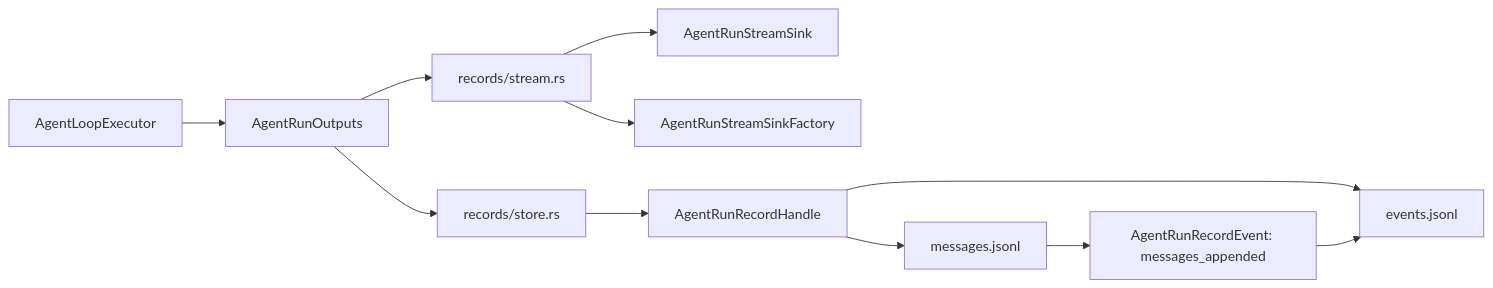
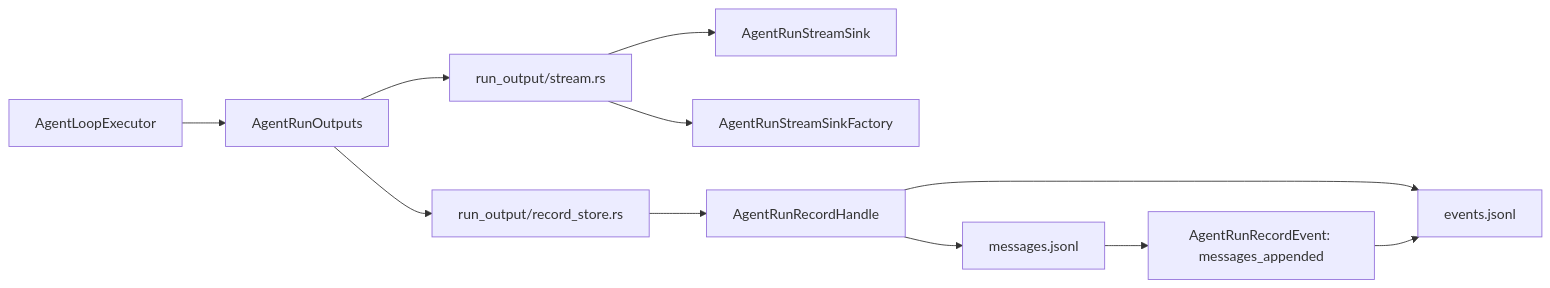
The diagram in docs/plans/eos_engine_agent_run_records_event_merge_SPEC.md (Ephemeral-AI-Lab/ephemeral-os), drawn with Mermaid before and after one commit. The commit also changed other lines of this file and 57 other files, not shown here.

Commit message:
Split eos-engine stream output modules

````diff
--- a/docs/plans/eos_engine_agent_run_records_event_merge_SPEC.md
+++ b/docs/plans/eos_engine_agent_run_records_event_merge_SPEC.md
@@ -659,17 +671,17 @@
 ```mermaid
 flowchart LR
   Loop["AgentLoopExecutor"] --> Outputs["AgentRunOutputs"]
 
-  Outputs --> Stream["records/stream.rs"]
-  Outputs --> Store["records/store.rs"]
+  Outputs --> Stream["run_output/stream.rs"]
+  Outputs --> Store["run_output/record_store.rs"]
 
   Stream --> Sink["AgentRunStreamSink"]
   Stream --> Factory["AgentRunStreamSinkFactory"]
 
   Store --> Handle["AgentRunRecordHandle"]
   Handle --> Messages["messages.jsonl"]
   Handle --> Events["events.jsonl"]
 
   Messages --> EventRow["AgentRunRecordEvent: messages_appended"]
   EventRow --> Events
 ```
````
